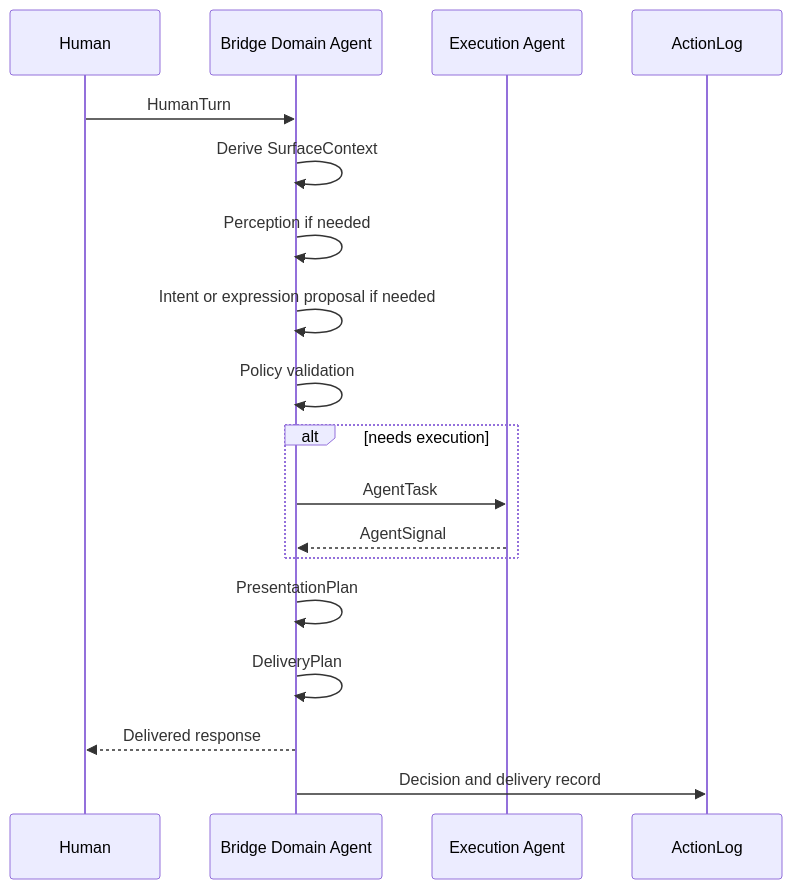
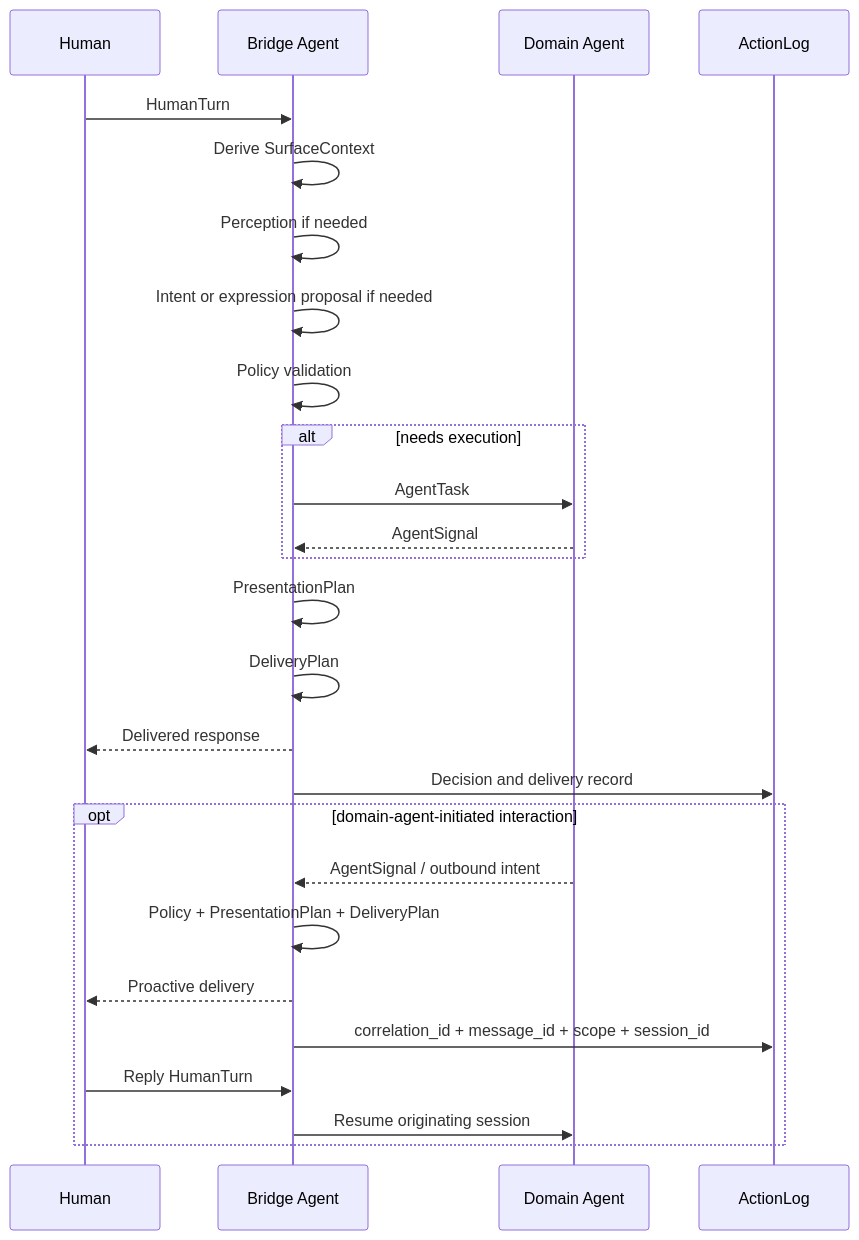
Before and after one commit to cloudsbeyond/agent-interaction-bridge: the second of 2 diagrams in architecture/agentic-ontology.md, drawn with Mermaid. The commit also changed other lines of this file and 89 other files, not shown here.

First line of the commit message:
feat: formalize bounded domain-agent interaction (#4)

````diff
--- a/architecture/agentic-ontology.md
+++ b/architecture/agentic-ontology.md
@@ -372,21 +411,30 @@
 ```mermaid
 sequenceDiagram
   participant H as Human
-  participant B as Bridge Domain Agent
-  participant E as Execution Agent
+  participant B as Bridge Agent
+  participant D as Domain Agent
   participant L as ActionLog
 
   H->>B: HumanTurn
   B->>B: Derive SurfaceContext
   B->>B: Perception if needed
   B->>B: Intent or expression proposal if needed
   B->>B: Policy validation
   alt needs execution
-    B->>E: AgentTask
-    E-->>B: AgentSignal
+    B->>D: AgentTask
+    D-->>B: AgentSignal
   end
   B->>B: PresentationPlan
   B->>B: DeliveryPlan
   B-->>H: Delivered response
   B->>L: Decision and delivery record
+
+  opt domain-agent-initiated interaction
+    D-->>B: AgentSignal / outbound intent
+    B->>B: Policy + PresentationPlan + DeliveryPlan
+    B-->>H: Proactive delivery
+    B->>L: correlation_id + message_id + scope + session_id
+    H->>B: Reply HumanTurn
+    B->>D: Resume originating session
+  end
 ```
````
